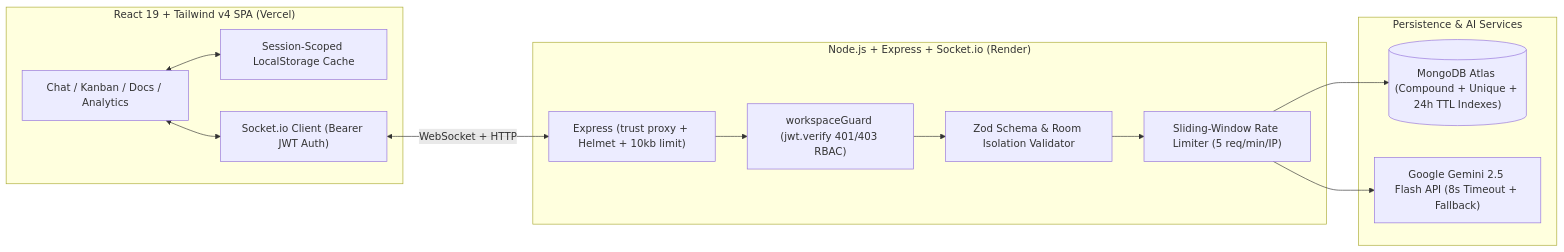
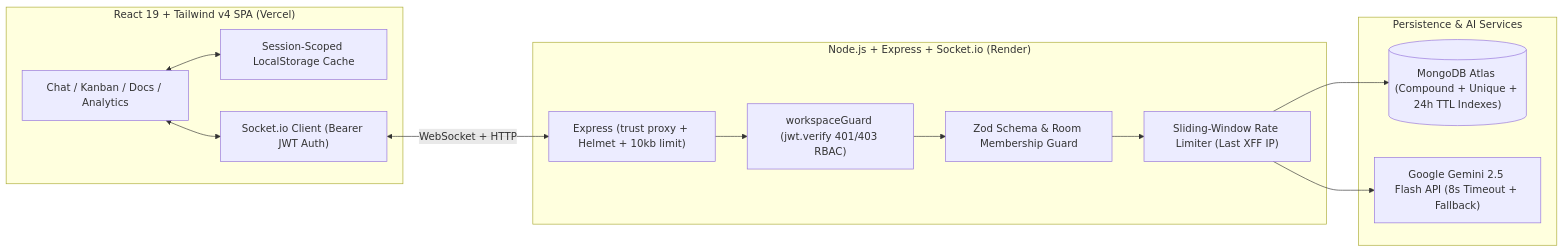
One commit to farukaydinn96-commits/teamsync-ai changed the diagram in README.md. Above: the diagram before and after it, drawn with Mermaid. The commit also changed other lines of this file and 11 other files, not shown here.

Commit message:
fix(teamsync): add demo-token route, dotenv order, XFF last-hop IP, room/sender verification, task_updated sync and clean URLs

````diff
--- a/README.md
+++ b/README.md
@@ -26,27 +26,27 @@
 ```mermaid
 graph LR
     subgraph Client ["React 19 + Tailwind v4 SPA (Vercel)"]
         UI["Chat / Kanban / Docs / Analytics"]
         Cache["Session-Scoped LocalStorage Cache"]
         SocketClient["Socket.io Client (Bearer JWT Auth)"]
     end
 
     subgraph Server ["Node.js + Express + Socket.io (Render)"]
         Proxy["Express (trust proxy + Helmet + 10kb limit)"]
         Guard["workspaceGuard (jwt.verify 401/403 RBAC)"]
-        Validator["Zod Schema & Room Isolation Validator"]
-        Limiter["Sliding-Window Rate Limiter (5 req/min/IP)"]
+        Validator["Zod Schema & Room Membership Guard"]
+        Limiter["Sliding-Window Rate Limiter (Last XFF IP)"]
     end
 
     subgraph External ["Persistence & AI Services"]
         Mongo[("MongoDB Atlas (Compound + Unique + 24h TTL Indexes)")]
         Gemini["Google Gemini 2.5 Flash API (8s Timeout + Fallback)"]
     end
 
     UI <--> Cache
     UI <--> SocketClient
     SocketClient <-->|"WebSocket + HTTP"| Proxy
     Proxy --> Guard --> Validator --> Limiter
     Limiter --> Mongo
     Limiter --> Gemini
 ```
````
